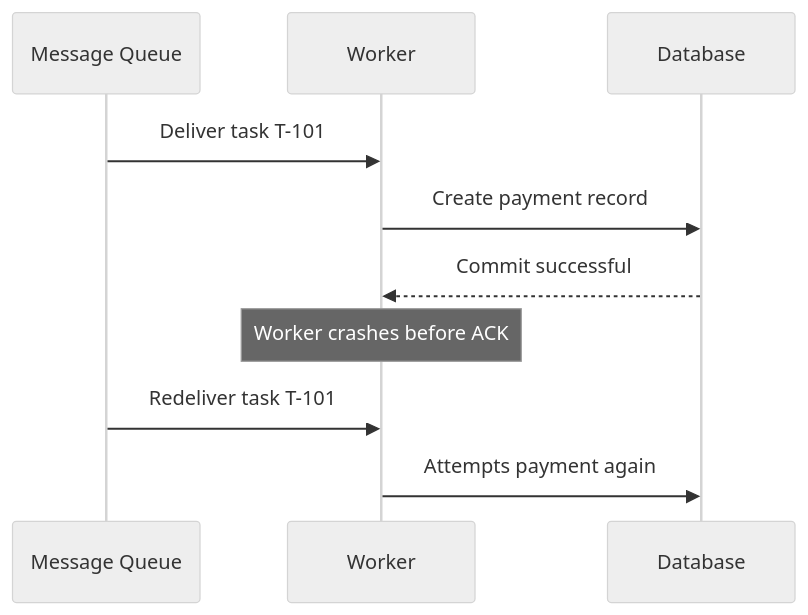
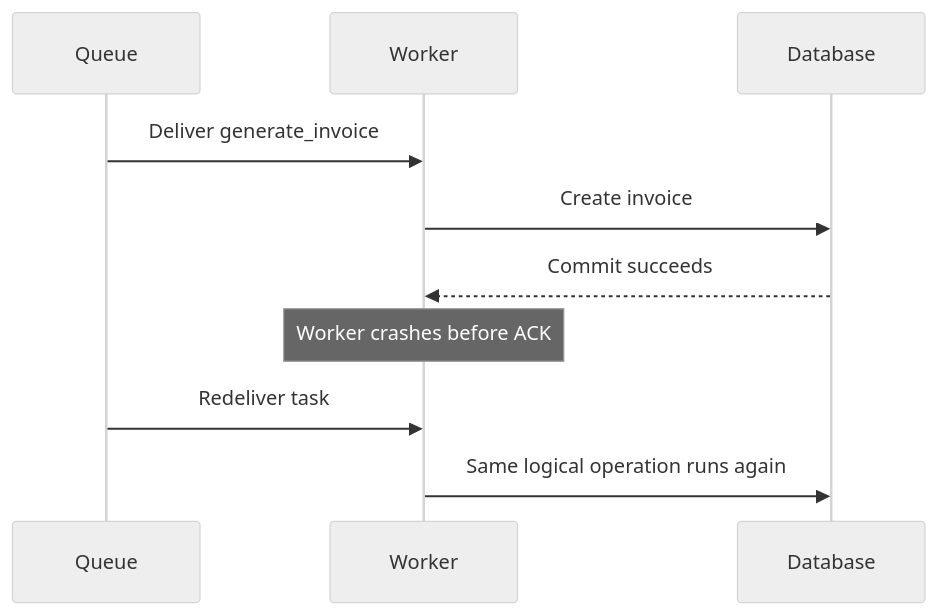
The second of 4 diagrams in src/content/task-processing/idempotency-background-tasks.md (AvadhBhalodiya/Interview-Preparation), drawn with Mermaid (neutral theme) before and after one commit. The commit also changed other lines of this file and 80 other files, not shown here.

````diff
--- a/src/content/task-processing/idempotency-background-tasks.md
+++ b/src/content/task-processing/idempotency-background-tasks.md
@@ -73,13 +103,13 @@
 ```mermaid
 sequenceDiagram
-    participant Q as Message Queue
+    participant Q as Queue
     participant W as Worker
     participant DB as Database
 
-    Q->>W: Deliver task T-101
-    W->>DB: Create payment record
-    DB-->>W: Commit successful
+    Q->>W: Deliver generate_invoice
+    W->>DB: Create invoice
+    DB-->>W: Commit succeeds
     Note over W: Worker crashes before ACK
-    Q->>W: Redeliver task T-101
-    W->>DB: Attempts payment again
+    Q->>W: Redeliver task
+    W->>DB: Same logical operation runs again
 ```
````
